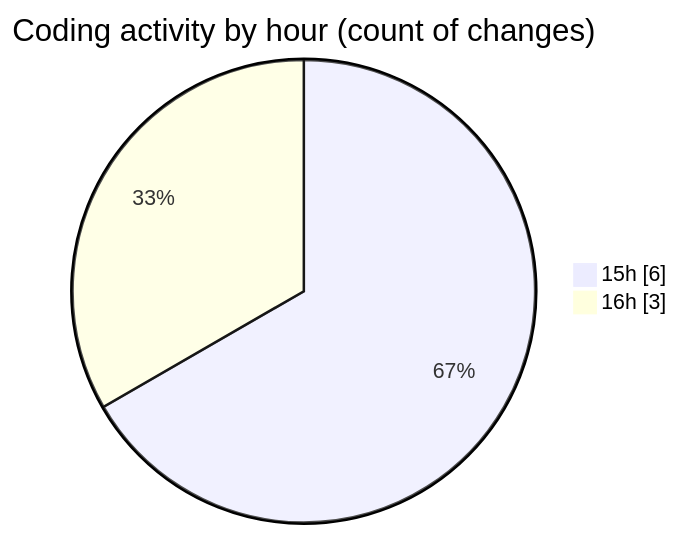
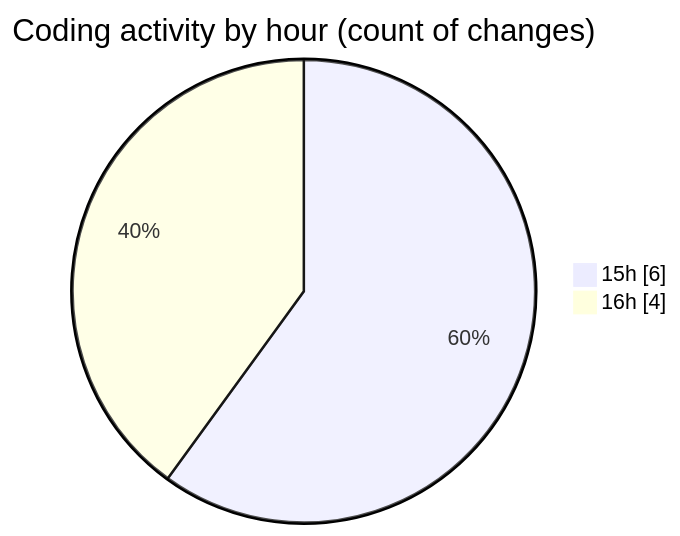
One commit to momahboobian/code-tracking changed the second of 2 diagrams in 2025-03-25/samplepdf/README.md. Above: the diagram before and after it, drawn with Mermaid. The commit also changed other lines of this file and 1 other file, not shown here.

````diff
--- a/2025-03-25/samplepdf/README.md
+++ b/2025-03-25/samplepdf/README.md
@@ -29,6 +30,6 @@
 ```mermaid
 pie showData
 title Coding activity by hour (count of changes)
 "15h" : 6
-"16h" : 3
+"16h" : 4
 ```
````
